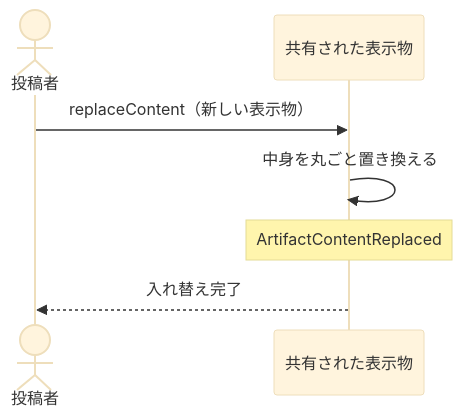
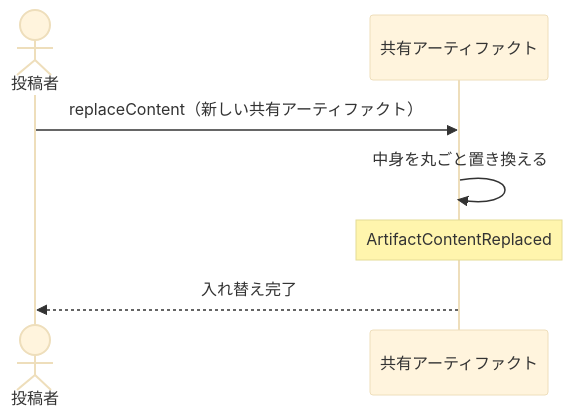
Before and after one commit to daidaiiro-519/waffle: the diagram in .waffle/specs/bc-artifact-share/subdomain/sd-artifact-sharing/usecase/uc-replace-content.md, drawn with Mermaid (base theme). The commit also changed other lines of this file and 23 other files, not shown here.

````diff
--- a/.waffle/specs/bc-artifact-share/subdomain/sd-artifact-sharing/usecase/uc-replace-content.md
+++ b/.waffle/specs/bc-artifact-share/subdomain/sd-artifact-sharing/usecase/uc-replace-content.md
@@ -38,8 +38,8 @@
 ```mermaid
 sequenceDiagram
     actor 投稿者
-    投稿者->>共有された表示物: replaceContent（新しい表示物）
-    共有された表示物->>共有された表示物: 中身を丸ごと置き換える
-    Note over 共有された表示物: ArtifactContentReplaced
-    共有された表示物-->>投稿者: 入れ替え完了
+    投稿者->>共有アーティファクト: replaceContent（新しい共有アーティファクト）
+    共有アーティファクト->>共有アーティファクト: 中身を丸ごと置き換える
+    Note over 共有アーティファクト: ArtifactContentReplaced
+    共有アーティファクト-->>投稿者: 入れ替え完了
 ```
````
